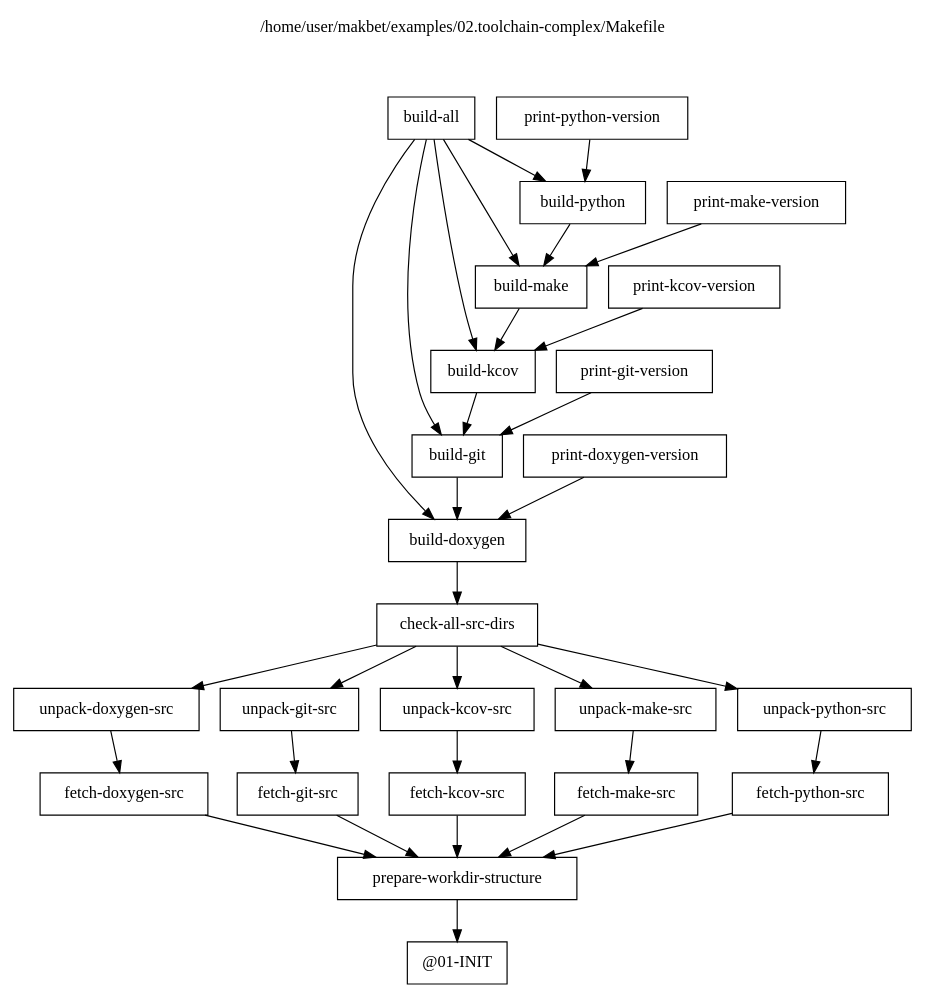
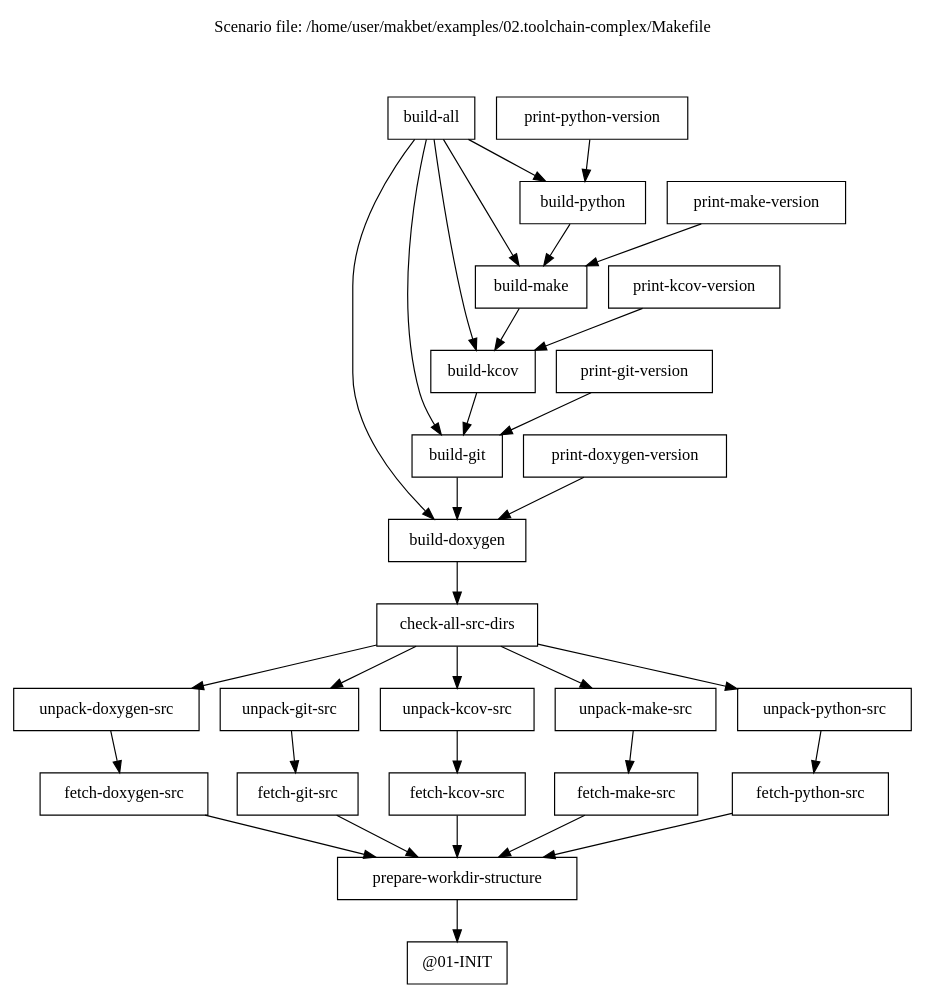
Before and after one commit to skaluzka/makbet: the diagram in docs/examples/02.toolchain-complex/results.dot, drawn with Graphviz. The commit also changed 11 other files, not shown here.

```diff
--- a/docs/examples/02.toolchain-complex/results.dot
+++ b/docs/examples/02.toolchain-complex/results.dot
@@ -1,73 +1,73 @@
 digraph {
 
 // This file has been generated by makbet heads/master-0-g88262d1
 // Generation date: Wed 19 Aug 2020 01:21:07 AM CEST
-// Input: /home/user/makbet/examples/02.toolchain-complex/Makefile
+// Scenario file: /home/user/makbet/examples/02.toolchain-complex/Makefile
 
 // Graph title.
 labelloc="t";
-label="/home/user/makbet/examples/02.toolchain-complex/Makefile\n\n\n\n"
+label="Scenario file: /home/user/makbet/examples/02.toolchain-complex/Makefile\n\n\n\n"
 
 // Node options.
 node [shape=box];
 
 "build-all" -> "build-doxygen";
 "build-all" -> "build-git";
 "build-all" -> "build-kcov";
 "build-all" -> "build-make";
 "build-all" -> "build-python";
 
 "build-doxygen" -> "check-all-src-dirs";
 
 "build-git" -> "build-doxygen";
 
 "build-kcov" -> "build-git";
 
 "build-make" -> "build-kcov";
 
 "build-python" -> "build-make";
 
 "check-all-src-dirs" -> "unpack-doxygen-src";
 "check-all-src-dirs" -> "unpack-git-src";
 "check-all-src-dirs" -> "unpack-kcov-src";
 "check-all-src-dirs" -> "unpack-make-src";
 "check-all-src-dirs" -> "unpack-python-src";
 
 "fetch-doxygen-src" -> "prepare-workdir-structure";
 
 "fetch-git-src" -> "prepare-workdir-structure";
 
 "fetch-kcov-src" -> "prepare-workdir-structure";
 
 "fetch-make-src" -> "prepare-workdir-structure";
 
 "fetch-python-src" -> "prepare-workdir-structure";
 
 "@01-INIT";
 
 "prepare-workdir-structure" -> "@01-INIT";
 
 "print-doxygen-version" -> "build-doxygen";
 
 "print-git-version" -> "build-git";
 
 "print-kcov-version" -> "build-kcov";
 
 "print-make-version" -> "build-make";
 
 "print-python-version" -> "build-python";
 
 "unpack-doxygen-src" -> "fetch-doxygen-src";
 
 "unpack-git-src" -> "fetch-git-src";
 
 "unpack-kcov-src" -> "fetch-kcov-src";
 
 "unpack-make-src" -> "fetch-make-src";
 
 "unpack-python-src" -> "fetch-python-src";
 
 }
 
 
 // End of file
```
